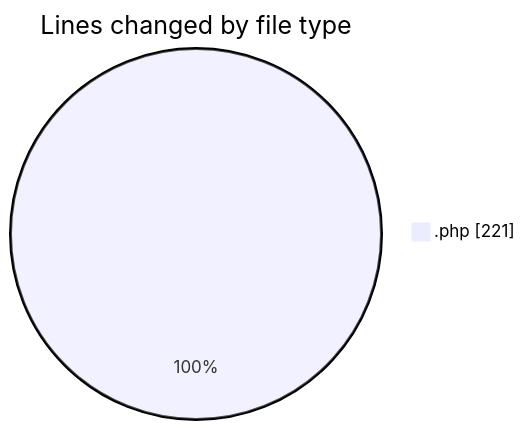
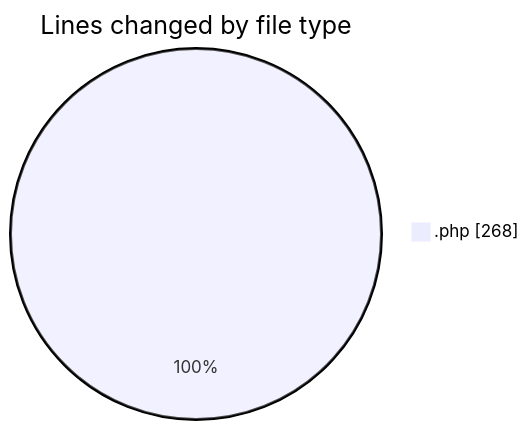
Before and after one commit to LanceThiago/code-tracking: the first of 2 diagrams in 2026-04-29/web/README.md, drawn with Mermaid. The commit also changed other lines of this file and 1 other file, not shown here.

````diff
--- a/2026-04-29/web/README.md
+++ b/2026-04-29/web/README.md
@@ -20,5 +21,5 @@
 ```mermaid
 pie showData
 title Lines changed by file type
-".php" : 221
+".php" : 268
 ```
````
